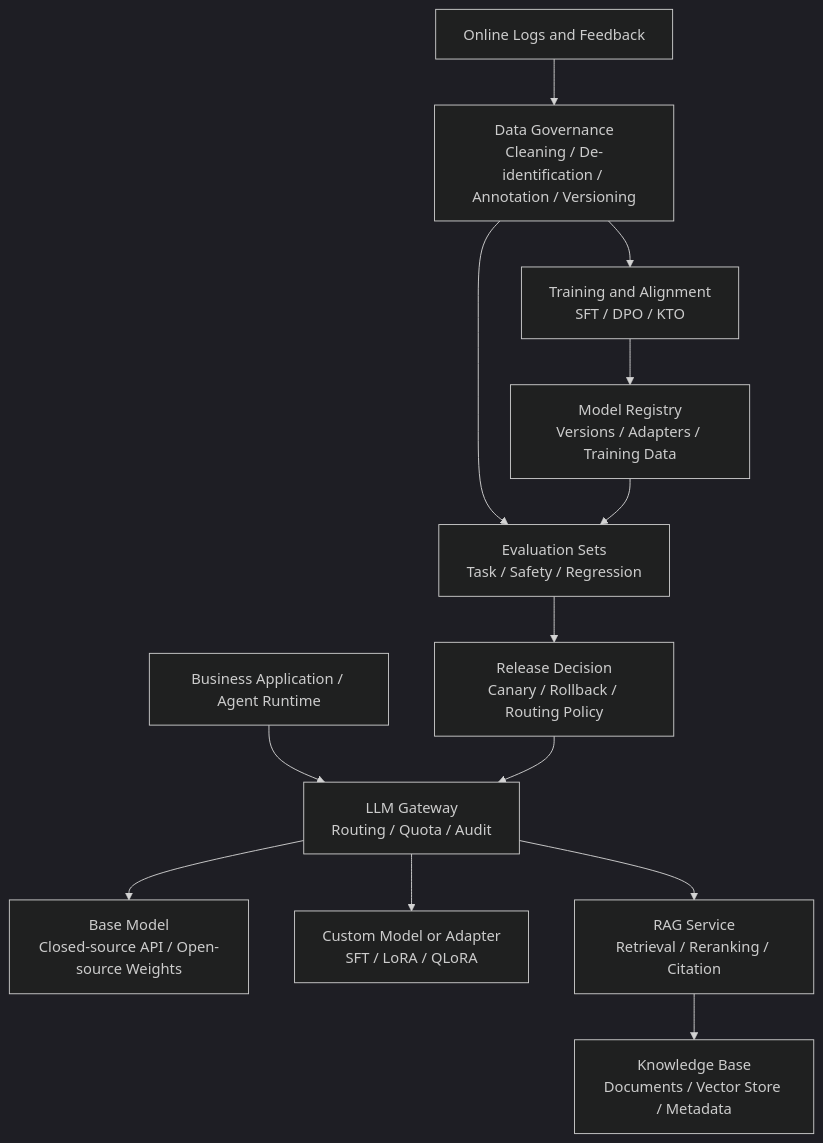
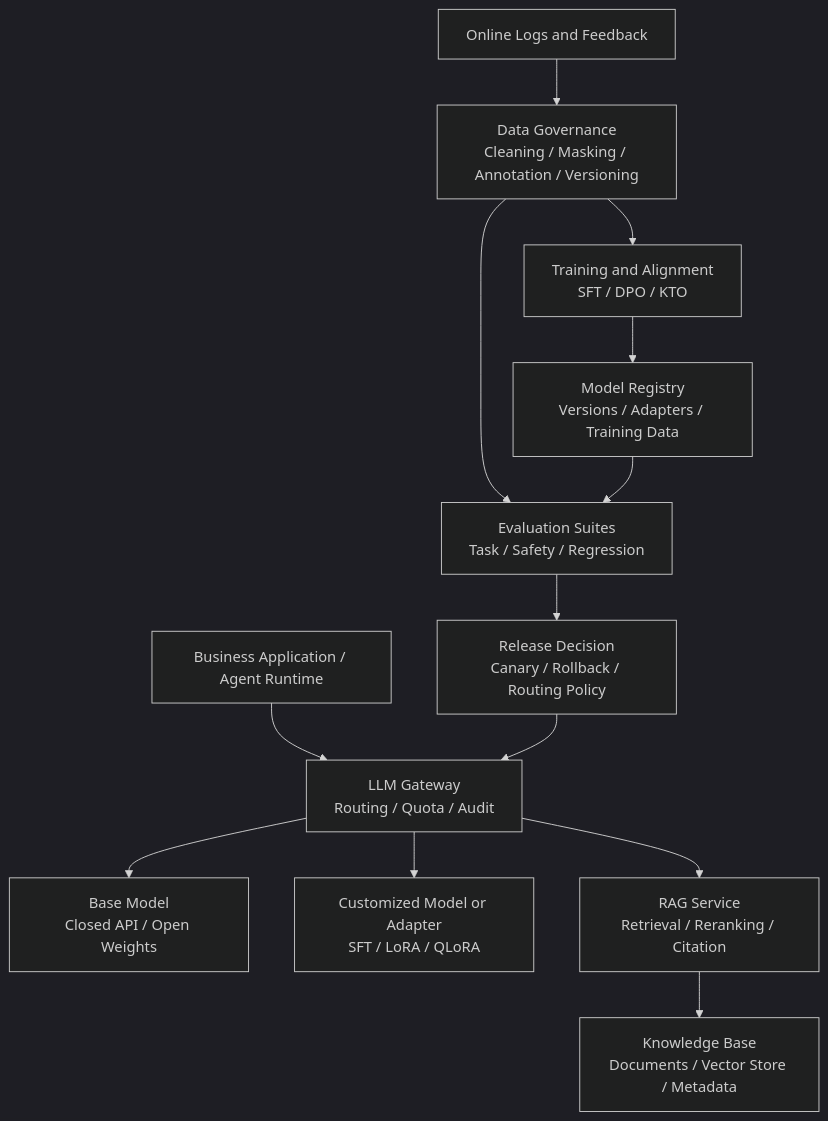
Before and after one commit to datagallery-lab/enterprise_agent_platform_engineering: the first of 2 diagrams in docs/part02-model-inference/en/ch09.md, drawn with Mermaid (dark theme). The commit also changed other lines of this file and 66 other files, not shown here.

````diff
--- a/docs/part02-model-inference/en/ch09.md
+++ b/docs/part02-model-inference/en/ch09.md
@@ -90,16 +81,16 @@
 ```mermaid
 flowchart TD
     App["Business Application / Agent Runtime"] --> Gateway["LLM Gateway<br/>Routing / Quota / Audit"]
-    Gateway --> Base["Base Model<br/>Closed-source API / Open-source Weights"]
-    Gateway --> Adapter["Custom Model or Adapter<br/>SFT / LoRA / QLoRA"]
+    Gateway --> Base["Base Model<br/>Closed API / Open Weights"]
+    Gateway --> Adapter["Customized Model or Adapter<br/>SFT / LoRA / QLoRA"]
     Gateway --> Rag["RAG Service<br/>Retrieval / Reranking / Citation"]
     Rag --> KB["Knowledge Base<br/>Documents / Vector Store / Metadata"]
 
-    Logs["Online Logs and Feedback"] --> Data["Data Governance<br/>Cleaning / De-identification / Annotation / Versioning"]
+    Logs["Online Logs and Feedback"] --> Data["Data Governance<br/>Cleaning / Masking / Annotation / Versioning"]
     Data --> Train["Training and Alignment<br/>SFT / DPO / KTO"]
-    Data --> Eval["Evaluation Sets<br/>Task / Safety / Regression"]
+    Data --> Eval["Evaluation Suites<br/>Task / Safety / Regression"]
     Train --> Registry["Model Registry<br/>Versions / Adapters / Training Data"]
     Registry --> Eval
     Eval --> Release["Release Decision<br/>Canary / Rollback / Routing Policy"]
     Release --> Gateway
 ```
````
